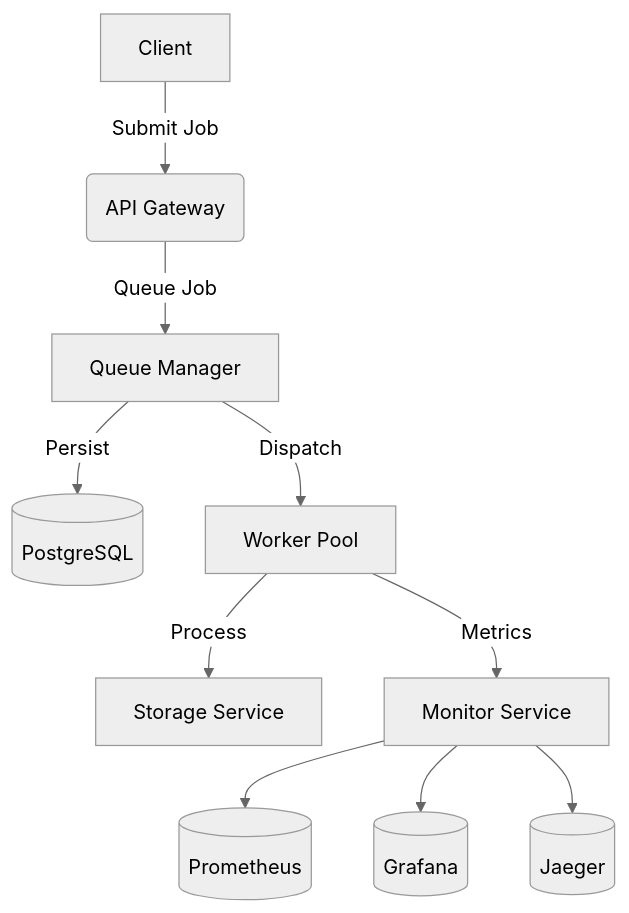
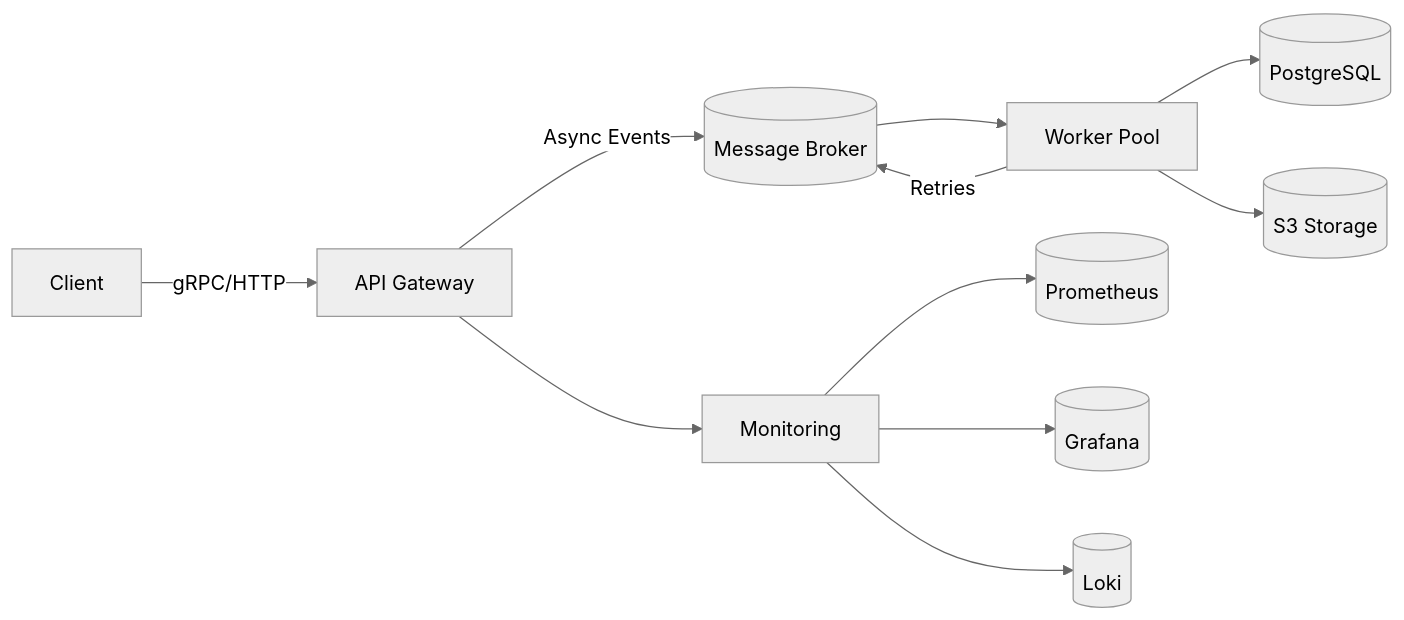
The diagram in README.md (salgue441/task-queue), drawn with Mermaid (neutral theme) before and after one commit. The commit also changed other lines of this file and 2 other files, not shown here.

````diff
--- a/README.md
+++ b/README.md
@@ -33,12 +70,13 @@
 ```mermaid
-graph TD
-    A[Client] -->|Submit Job| B(API Gateway)
-    B -->|Queue Job| C[Queue Manager]
-    C -->|Persist| D[(PostgreSQL)]
-    C -->|Dispatch| E[Worker Pool]
-    E -->|Process| F[Storage Service]
-    E -->|Metrics| G[Monitor Service]
+graph LR
+    A[Client] -->|gRPC/HTTP| B[API Gateway]
+    B -->|Async Events| C[(Message Broker)]
+    C --> D[Worker Pool]
+    D -->|Retries| C
+    D --> E[(PostgreSQL)]
+    D --> F[(S3 Storage)]
+    B --> G[Monitoring]
     G --> H[(Prometheus)]
     G --> I[(Grafana)]
-    G --> J[(Jaeger)]
+    G --> J[(Loki)]
 ```
````
